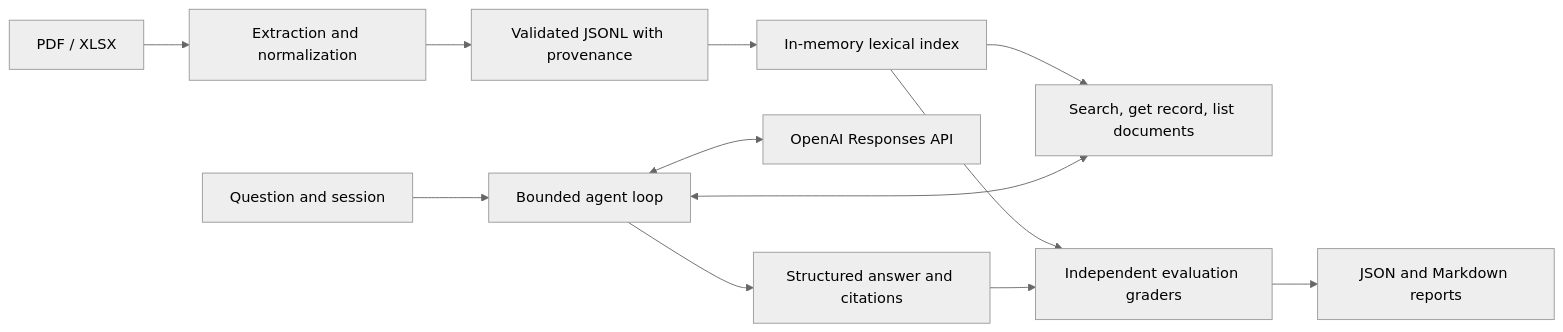
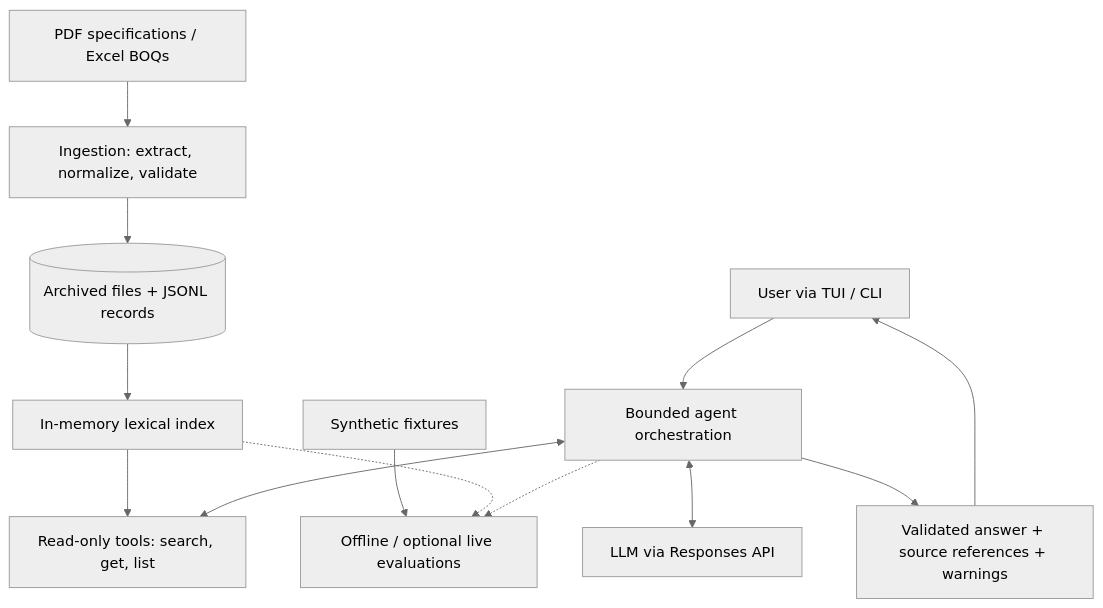
The diagram in README.md (Ricardo-Ghattas/syden-agent), drawn with Mermaid (neutral theme) before and after one commit. The commit also changed other lines of this file, not shown here.

Commit message:
Enhance README with detailed features, usage instructions, and structured ingestion process

````diff
--- a/README.md
+++ b/README.md
@@ -38,14 +155,15 @@
 ```mermaid
-flowchart LR
-    Raw[PDF / XLSX] --> Ingestion[Extraction and normalization]
-    Ingestion --> JSONL[Validated JSONL with provenance]
-    JSONL --> Index[In-memory lexical index]
-    Index --> Tools[Search, get record, list documents]
-    User[Question and session] --> Agent[Bounded agent loop]
-    Agent <--> API[OpenAI Responses API]
-    Agent <--> Tools
-    Agent --> Answer[Structured answer and citations]
-    Index --> Evals[Independent evaluation graders]
-    Answer --> Evals
-    Evals --> Reports[JSON and Markdown reports]
+flowchart TD
+  A[PDF specifications / Excel BOQs] --> B[Ingestion: extract, normalize, validate]
+  B --> C[(Archived files + JSONL records)]
+  C --> D[In-memory lexical index]
+  D --> E[Read-only tools: search, get, list]
+  F[User via TUI / CLI] --> G[Bounded agent orchestration]
+  G <--> E
+  G <--> H[LLM via Responses API]
+  G --> I[Validated answer + source references + warnings]
+  I --> F
+  J[Synthetic fixtures] --> K[Offline / optional live evaluations]
+  D -.-> K
+  G -.-> K
 ```
````
